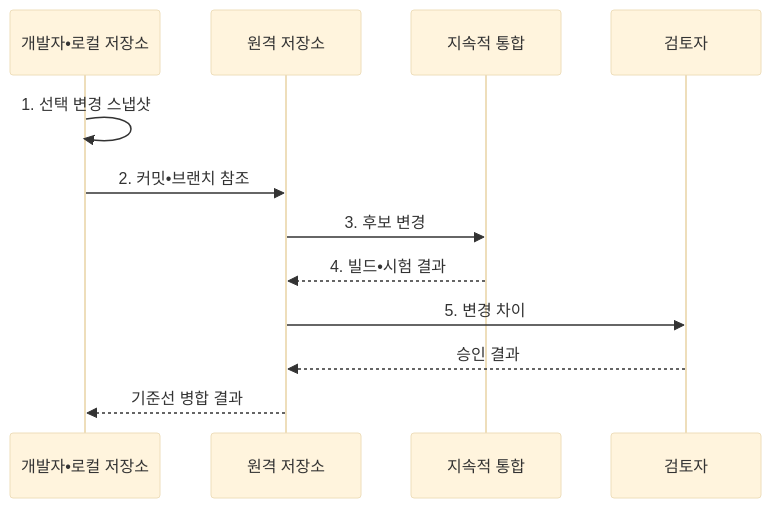
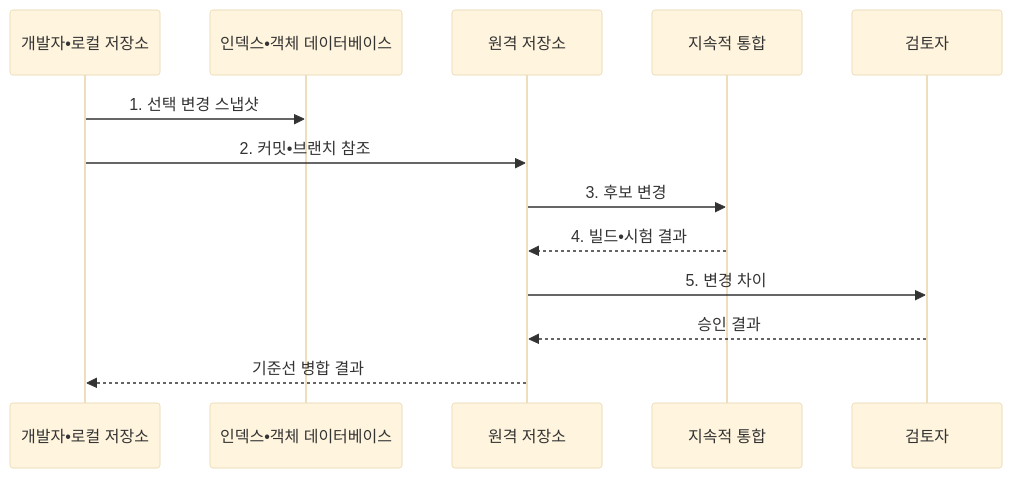
Before and after one commit to agnusdei1207/knowledge-base: the second of 2 diagrams in src/content/docs/notes/03-software/052_configuration_management_git.md, drawn with Mermaid (base theme). The commit also changed other lines of this file and 10 other files, not shown here.

````diff
--- a/src/content/docs/notes/03-software/052_configuration_management_git.md
+++ b/src/content/docs/notes/03-software/052_configuration_management_git.md
@@ -109,14 +109,15 @@
 ```mermaid
 sequenceDiagram
     participant D as 개발자•로컬 저장소
+    participant I as 인덱스•객체 데이터베이스
     participant R as 원격 저장소
     participant C as 지속적 통합
     participant A as 검토자
-    D->>D: 1. 선택 변경 스냅샷
+    D->>I: 1. 선택 변경 스냅샷
     D->>R: 2. 커밋•브랜치 참조
     R->>C: 3. 후보 변경
     C-->>R: 4. 빌드•시험 결과
     R->>A: 5. 변경 차이
     A-->>R: 승인 결과
     R-->>D: 기준선 병합 결과
 ```
````
